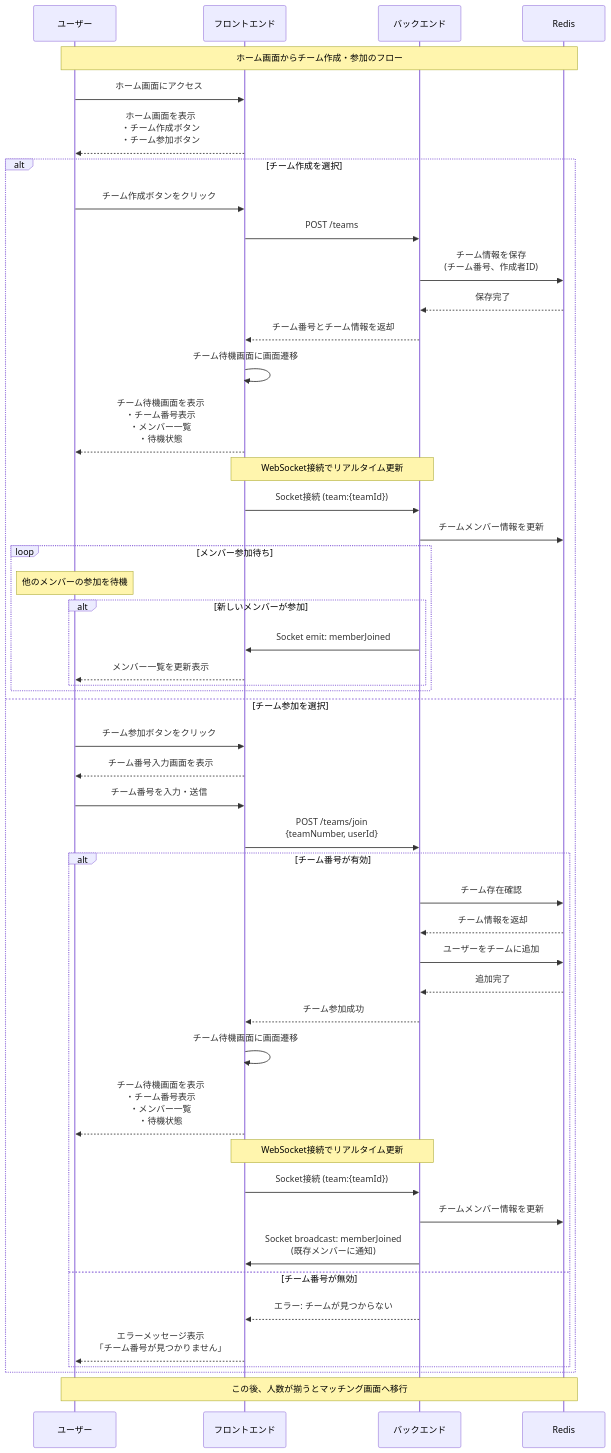
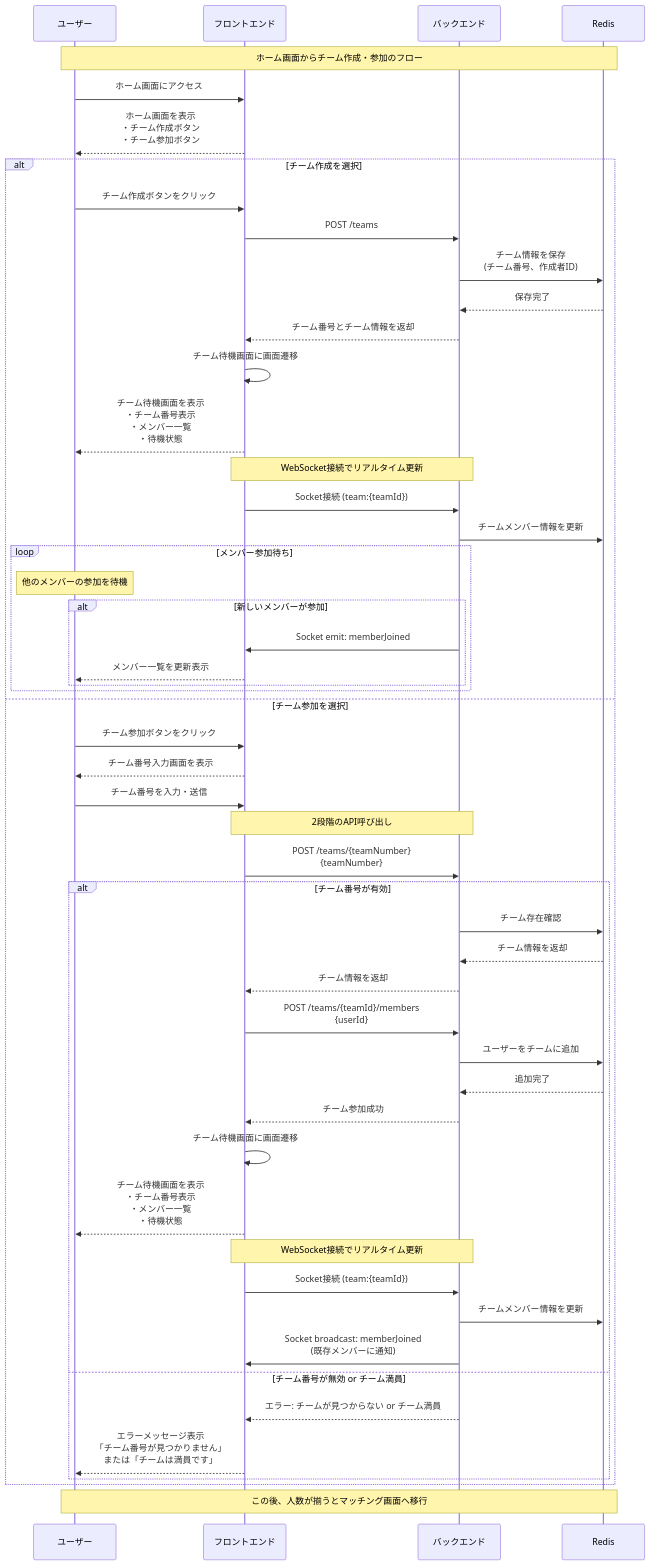
The diagram in docs/sequence-home-to-team.mmd (kotek-7/minpuzz), drawn with Mermaid before and after one commit. The commit also changed 2 other files, not shown here.

Commit message:
2段階チーム参加APIを反映したシーケンス図の更新
- 単一のPOST /teams/joinから2段階プロセスに変更
- 1段階目: POST /teams/{teamNumber} でチーム検証
- 2段階目: POST /teams/{teamId}/members でチーム参加
- チーム満員シナリオの改善されたエラーハンドリングを追加
- ドキュメント資料を追加（image.png、screen-flow.mmd）

🤖 Generated with [Claude Code](https://claude.ai/code)

```diff
--- a/docs/sequence-home-to-team.mmd
+++ b/docs/sequence-home-to-team.mmd
@@ -1,64 +1,69 @@
 %%{init: {'theme':'default', 'themeVariables': {'primaryColor': '#4f46e5', 'primaryTextColor': '#fff', 'primaryBorderColor': '#3730a3', 'lineColor': '#374151', 'secondaryColor': '#e5e7eb', 'tertiaryColor': '#f3f4f6'}}}%%
 
 sequenceDiagram
     participant U as ユーザー
     participant F as フロントエンド
     participant B as バックエンド
     participant R as Redis
 
     Note over U,R: ホーム画面からチーム作成・参加のフロー
 
     %% ホーム画面
     U->>F: ホーム画面にアクセス
     F-->>U: ホーム画面を表示<br/>・チーム作成ボタン<br/>・チーム参加ボタン
 
     %% チーム作成フロー
     alt チーム作成を選択
         U->>F: チーム作成ボタンをクリック
         F->>B: POST /teams
         B->>R: チーム情報を保存<br/>(チーム番号、作成者ID)
         R-->>B: 保存完了
         B-->>F: チーム番号とチーム情報を返却
         F->>F: チーム待機画面に画面遷移
         F-->>U: チーム待機画面を表示<br/>・チーム番号表示<br/>・メンバー一覧<br/>・待機状態
 
         Note over F,B: WebSocket接続でリアルタイム更新
         F->>B: Socket接続 (team:{teamId})
         B->>R: チームメンバー情報を更新
         
         loop メンバー参加待ち
             Note over U: 他のメンバーの参加を待機
             alt 新しいメンバーが参加
                 B->>F: Socket emit: memberJoined
                 F-->>U: メンバー一覧を更新表示
             end
         end
 
     %% チーム参加フロー  
     else チーム参加を選択
         U->>F: チーム参加ボタンをクリック
         F-->>U: チーム番号入力画面を表示
         U->>F: チーム番号を入力・送信
-        F->>B: POST /teams/join<br/>{teamNumber, userId}
+        
+        Note over F,B: 2段階のAPI呼び出し
+        F->>B: POST /teams/{teamNumber}<br/>{teamNumber}
         
         alt チーム番号が有効
             B->>R: チーム存在確認
             R-->>B: チーム情報を返却
+            B-->>F: チーム情報を返却
+            
+            F->>B: POST /teams/{teamId}/members<br/>{userId}
             B->>R: ユーザーをチームに追加
             R-->>B: 追加完了
             B-->>F: チーム参加成功
             F->>F: チーム待機画面に画面遷移
             F-->>U: チーム待機画面を表示<br/>・チーム番号表示<br/>・メンバー一覧<br/>・待機状態
 
             Note over F,B: WebSocket接続でリアルタイム更新
             F->>B: Socket接続 (team:{teamId})
             B->>R: チームメンバー情報を更新
             B->>F: Socket broadcast: memberJoined<br/>(既存メンバーに通知)
             
-        else チーム番号が無効
-            B-->>F: エラー: チームが見つからない
-            F-->>U: エラーメッセージ表示<br/>「チーム番号が見つかりません」
+        else チーム番号が無効 or チーム満員
+            B-->>F: エラー: チームが見つからない or チーム満員
+            F-->>U: エラーメッセージ表示<br/>「チーム番号が見つかりません」<br/>または「チームは満員です」
         end
     end
 
     Note over U,R: この後、人数が揃うとマッチング画面へ移行
```
